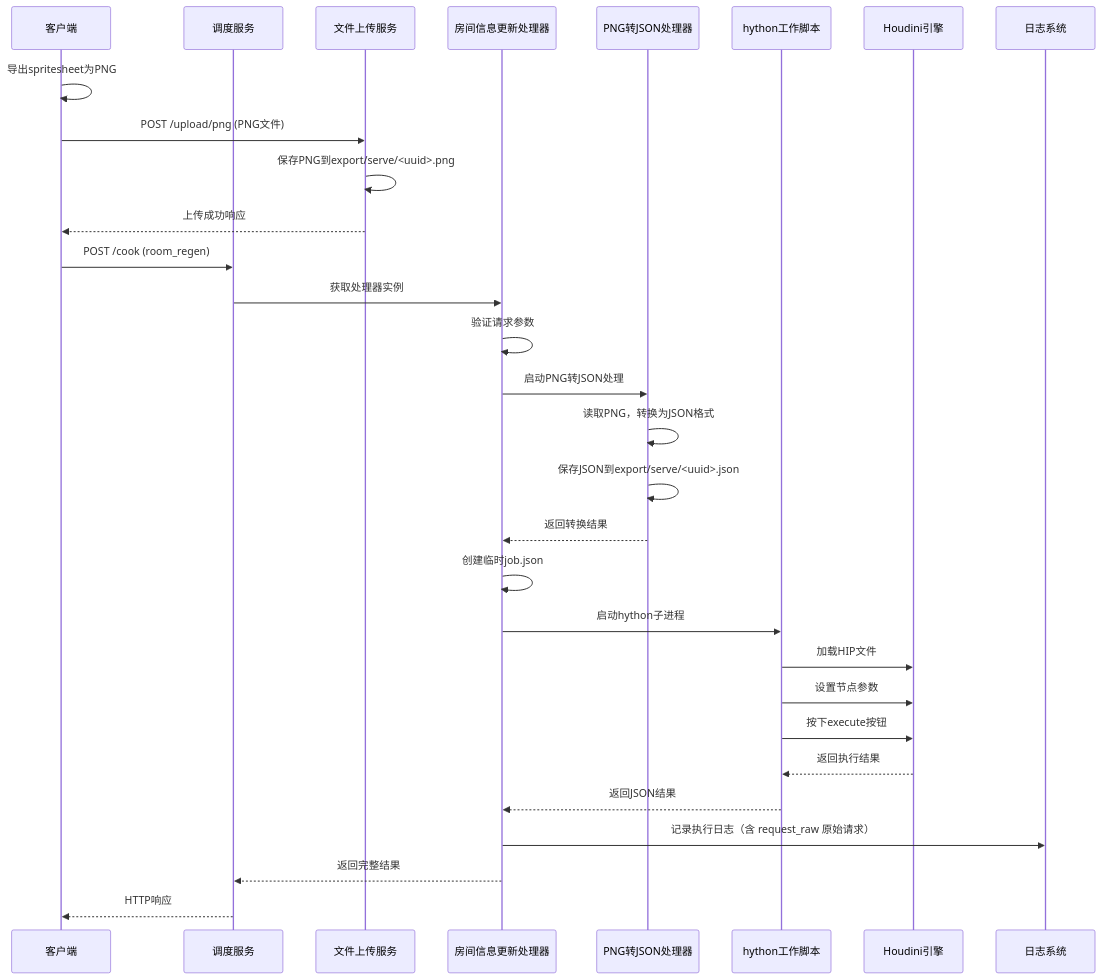
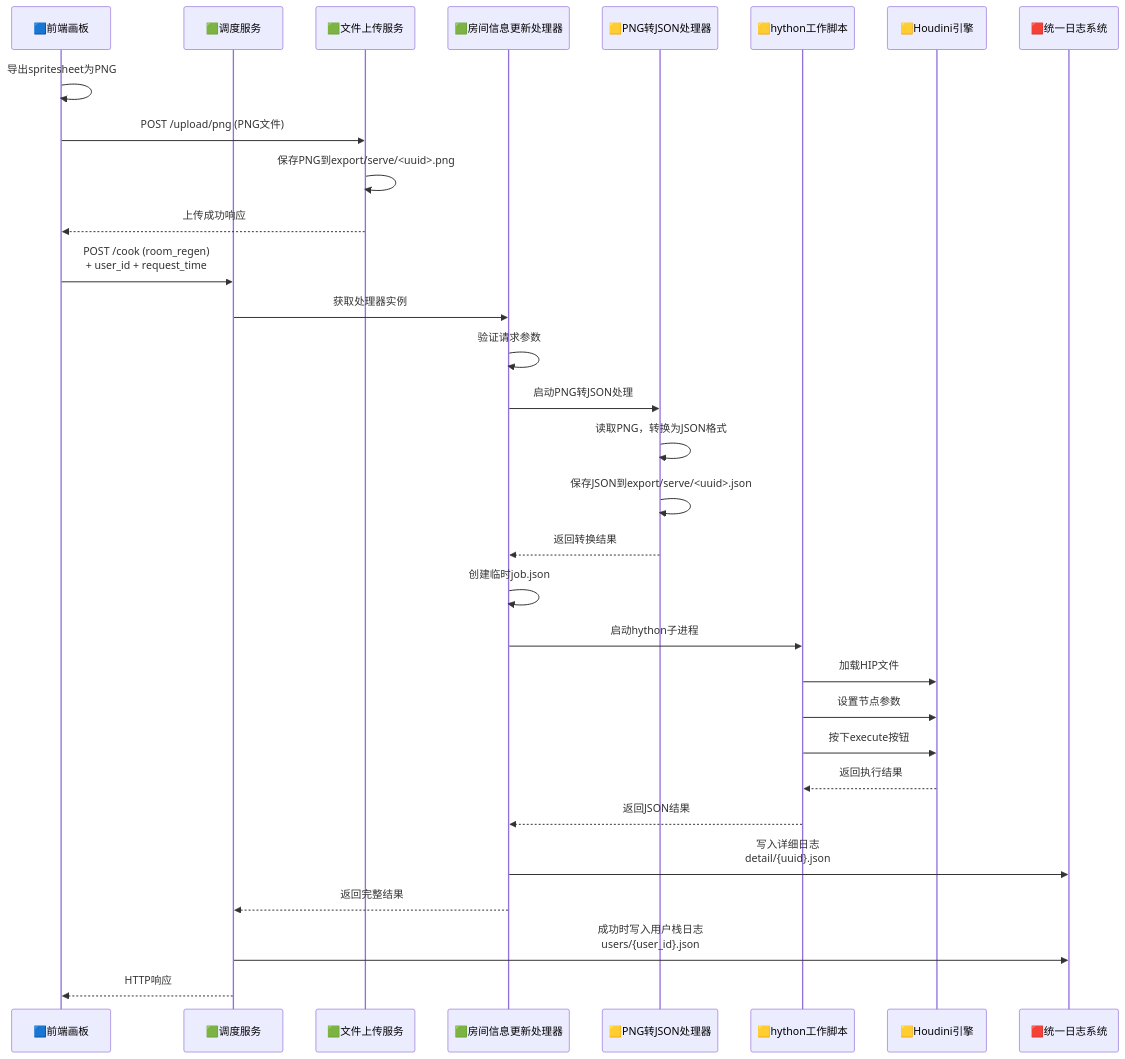
The fourth of 8 diagrams in Houdini后端服务架构笔记.md (NTOM/piskel2Houdini), drawn with Mermaid before and after one commit. The commit also changed other lines of this file and 9 other files, not shown here.

````diff
--- a/Houdini后端服务架构笔记.md
+++ b/Houdini后端服务架构笔记.md
@@ -264,33 +285,34 @@
 ```mermaid
 sequenceDiagram
-    participant Client as 客户端
-    participant Dispatcher as 调度服务
-    participant Upload as 文件上传服务
-    participant Processor as 房间信息更新处理器
-    participant Png2Json as PNG转JSON处理器
-    participant Hython as hython工作脚本
-    participant Houdini as Houdini引擎
-    participant Log as 日志系统
+    participant Client as 🟦前端画板
+    participant Dispatcher as 🟩调度服务
+    participant Upload as 🟩文件上传服务
+    participant Processor as 🟩房间信息更新处理器
+    participant Png2Json as 🟨PNG转JSON处理器
+    participant Hython as 🟨hython工作脚本
+    participant Houdini as 🟨Houdini引擎
+    participant LogSystem as 🟥统一日志系统
 
     Client->>Client: 导出spritesheet为PNG
     Client->>Upload: POST /upload/png (PNG文件)
     Upload->>Upload: 保存PNG到export/serve/<uuid>.png
     Upload-->>Client: 上传成功响应
-    Client->>Dispatcher: POST /cook (room_regen)
+    Client->>Dispatcher: POST /cook (room_regen)<br/>+ user_id + request_time
     Dispatcher->>Processor: 获取处理器实例
     Processor->>Processor: 验证请求参数
     Processor->>Png2Json: 启动PNG转JSON处理
     Png2Json->>Png2Json: 读取PNG，转换为JSON格式
     Png2Json->>Png2Json: 保存JSON到export/serve/<uuid>.json
     Png2Json-->>Processor: 返回转换结果
     Processor->>Processor: 创建临时job.json
     Processor->>Hython: 启动hython子进程
     Hython->>Houdini: 加载HIP文件
     Hython->>Houdini: 设置节点参数
     Hython->>Houdini: 按下execute按钮
     Houdini-->>Hython: 返回执行结果
     Hython-->>Processor: 返回JSON结果
-    Processor->>Log: 记录执行日志（含 request_raw 原始请求）
+    Processor->>LogSystem: 写入详细日志<br/>detail/{uuid}.json
     Processor-->>Dispatcher: 返回完整结果
+    Dispatcher->>LogSystem: 成功时写入用户栈日志<br/>users/{user_id}.json
     Dispatcher-->>Client: HTTP响应
 ```
````
